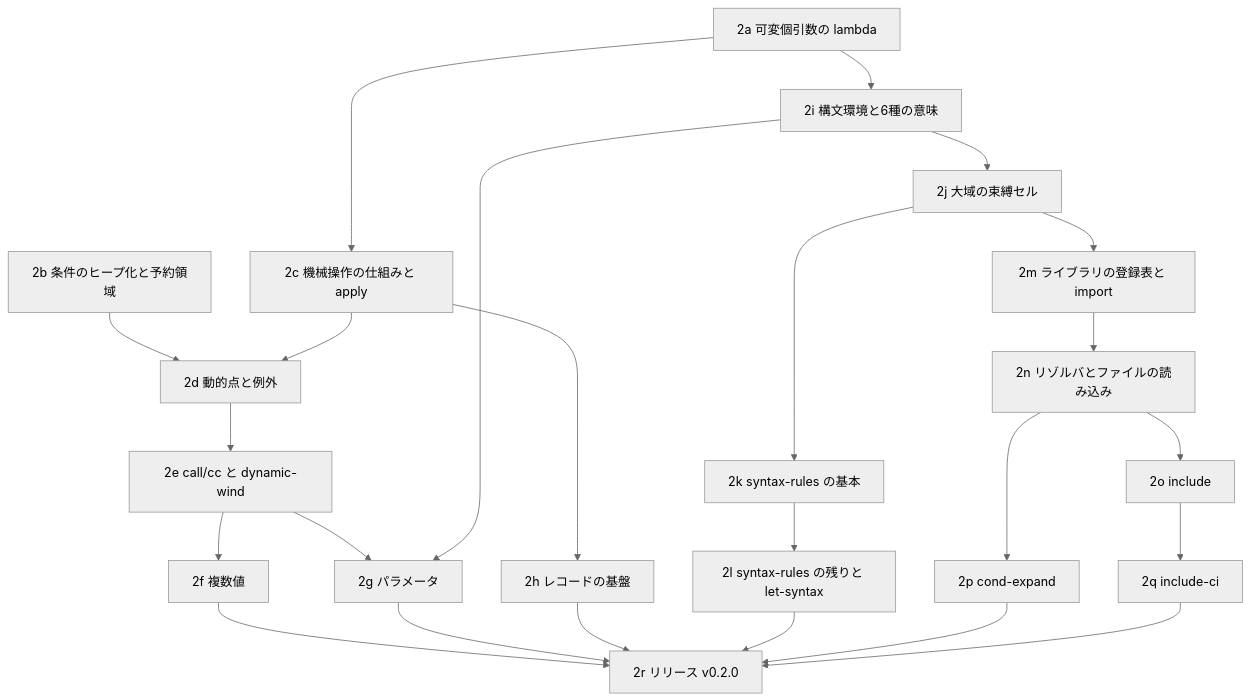
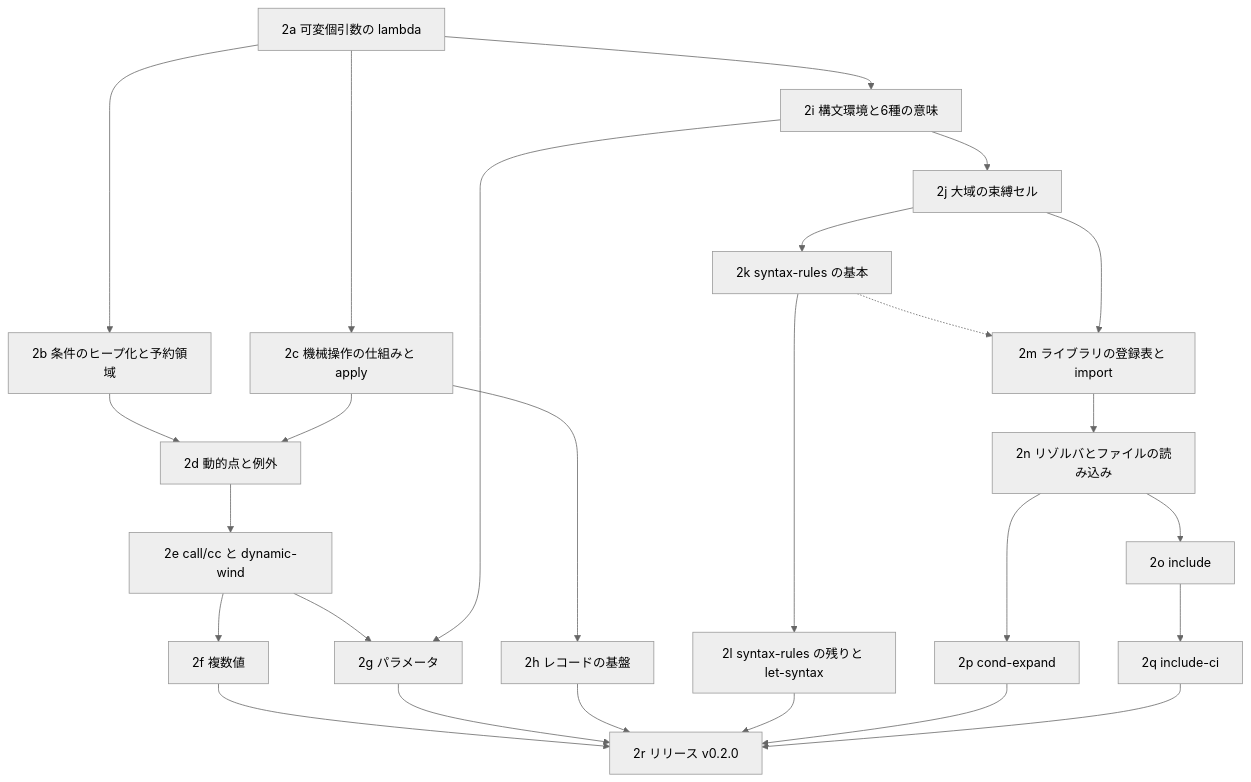
The diagram in docs/plans/0014-phase2-core-language.md (suchi/sucheme-zig), drawn with Mermaid (neutral theme) before and after one commit. The commit also changed other lines of this file, not shown here.

````diff
--- a/docs/plans/0014-phase2-core-language.md
+++ b/docs/plans/0014-phase2-core-language.md
@@ -105,44 +105,46 @@
 ```mermaid
 flowchart TD
     s2a["2a 可変個引数の lambda"]
     s2b["2b 条件のヒープ化と予約領域"]
     s2c["2c 機械操作の仕組みと apply"]
     s2d["2d 動的点と例外"]
     s2e["2e call/cc と dynamic-wind"]
     s2f["2f 複数値"]
     s2g["2g パラメータ"]
     s2h["2h レコードの基盤"]
     s2i["2i 構文環境と6種の意味"]
     s2j["2j 大域の束縛セル"]
     s2k["2k syntax-rules の基本"]
     s2l["2l syntax-rules の残りと let-syntax"]
     s2m["2m ライブラリの登録表と import"]
     s2n["2n リゾルバとファイルの読み込み"]
     s2o["2o include"]
     s2p["2p cond-expand"]
     s2q["2q include-ci"]
     s2r["2r リリース v0.2.0"]
+    s2a --> s2b
     s2a --> s2c
     s2a --> s2i
+    s2k -.-> s2m
     s2b --> s2d
     s2c --> s2d
     s2d --> s2e
     s2e --> s2f
     s2e --> s2g
     s2i --> s2g
     s2c --> s2h
     s2i --> s2j
     s2j --> s2k
     s2k --> s2l
     s2j --> s2m
     s2m --> s2n
     s2n --> s2o
     s2n --> s2p
     s2o --> s2q
     s2f --> s2r
     s2g --> s2r
     s2h --> s2r
     s2l --> s2r
     s2p --> s2r
     s2q --> s2r
 ```
````
